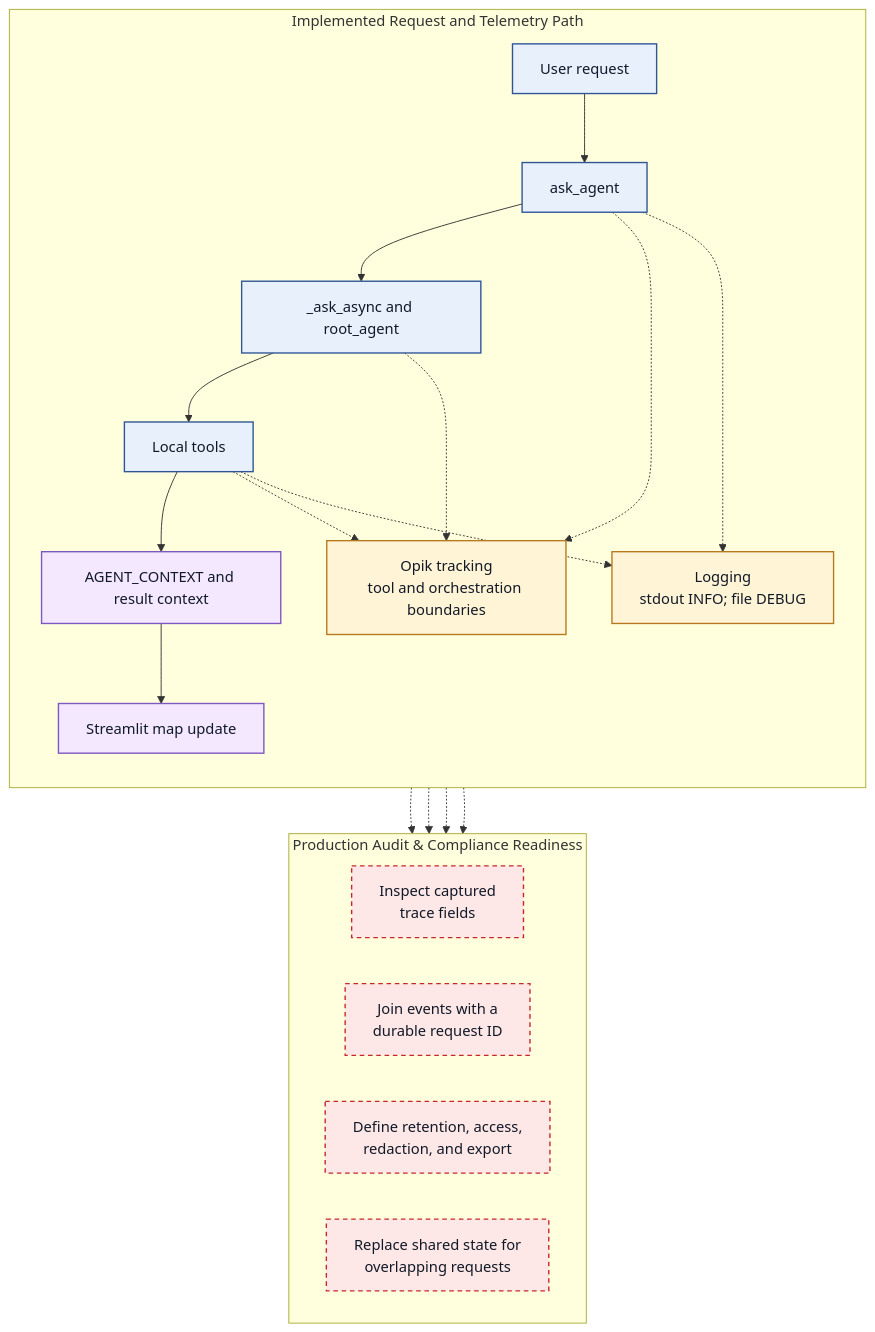
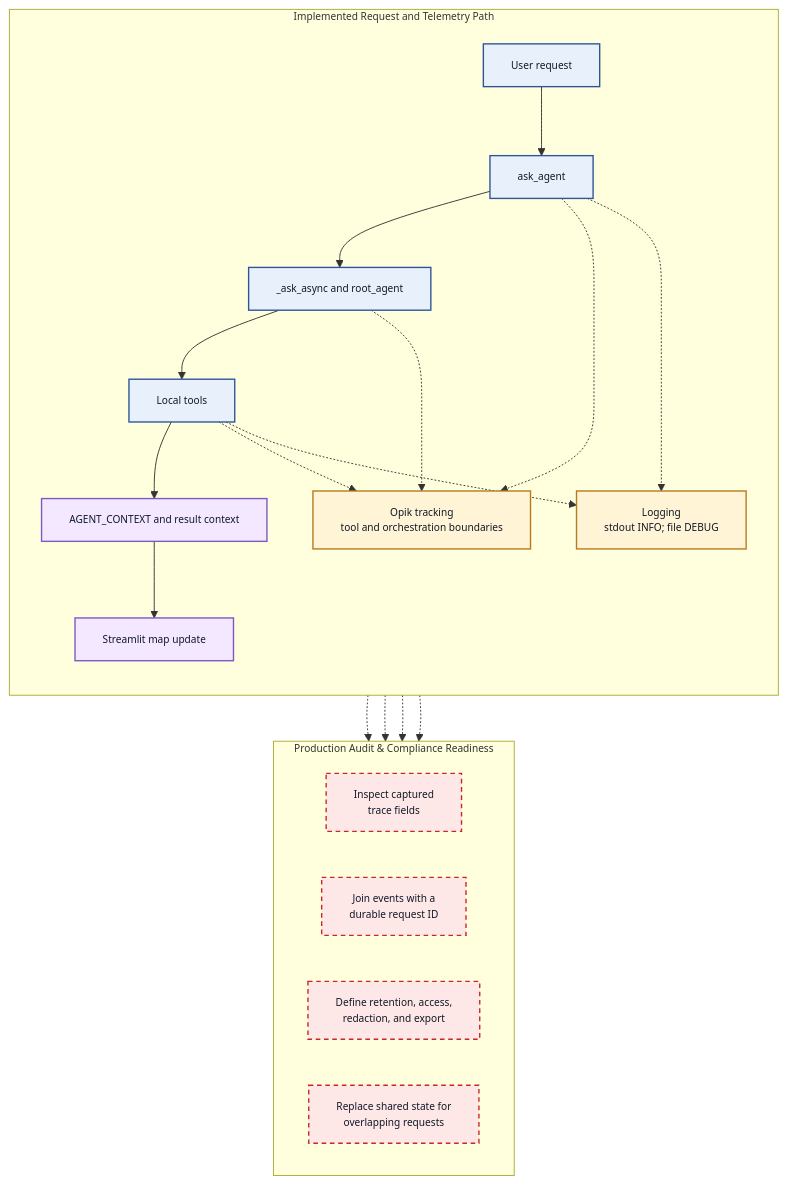
Before and after one commit to the-write-path-code/ch07-proactive-event-driven-agents: the fifth of 5 diagrams in workflows/architecture_workflows.md, drawn with Mermaid. The commit also changed other lines of this file, not shown here.

First line of the commit message:
Refactor mermaid diagrams and remove styles

````diff
--- a/workflows/architecture_workflows.md
+++ b/workflows/architecture_workflows.md
@@ -275,41 +262,42 @@
 ```mermaid
+%%{init: {"themeVariables": {"fontFamily": "Arial, Helvetica, sans-serif", "fontSize": "11px", "actorFontSize": "11px", "noteFontSize": "10px", "messageFontSize": "10px"}}}%%
 flowchart TB
     classDef flow fill:#E8F1FB,stroke:#2F5597,color:#111827,stroke-width:1.5px
     classDef state fill:#F3E8FF,stroke:#7E57C2,color:#111827,stroke-width:1.5px
     classDef telemetry fill:#FFF4D6,stroke:#B7791F,color:#111827,stroke-width:1.5px
     classDef gap fill:#FDE8E7,stroke:#C62828,color:#111827,stroke-width:1.5px,stroke-dasharray: 5 4
 
     subgraph A["Implemented Request and Telemetry Path"]
         direction TB
         U[User request]:::flow
         A1[ask_agent]:::flow
         A2[_ask_async and root_agent]:::flow
         T[Local tools]:::flow
         S[AGENT_CONTEXT and result context]:::state
         UI[Streamlit map update]:::state
 
         U --> A1 --> A2 --> T --> S --> UI
 
         O[Opik tracking<br/>tool and orchestration boundaries]:::telemetry
         L[Logging<br/>stdout INFO; file DEBUG]:::telemetry
 
         A1 -.-> O
         A2 -.-> O
         T -.-> O
         A1 -.-> L
         T -.-> L
     end
 
     subgraph B["Production Audit & Compliance Readiness"]
         direction LR
         G1[Inspect captured<br/>trace fields]:::gap
         G2[Join events with a<br/>durable request ID]:::gap
         G3[Define retention, access,<br/>redaction, and export]:::gap
         G4[Replace shared state for<br/>overlapping requests]:::gap
     end
 
     O -.-> G1
     O -.-> G2
     L -.-> G3
     S -.-> G4
 ```
````
